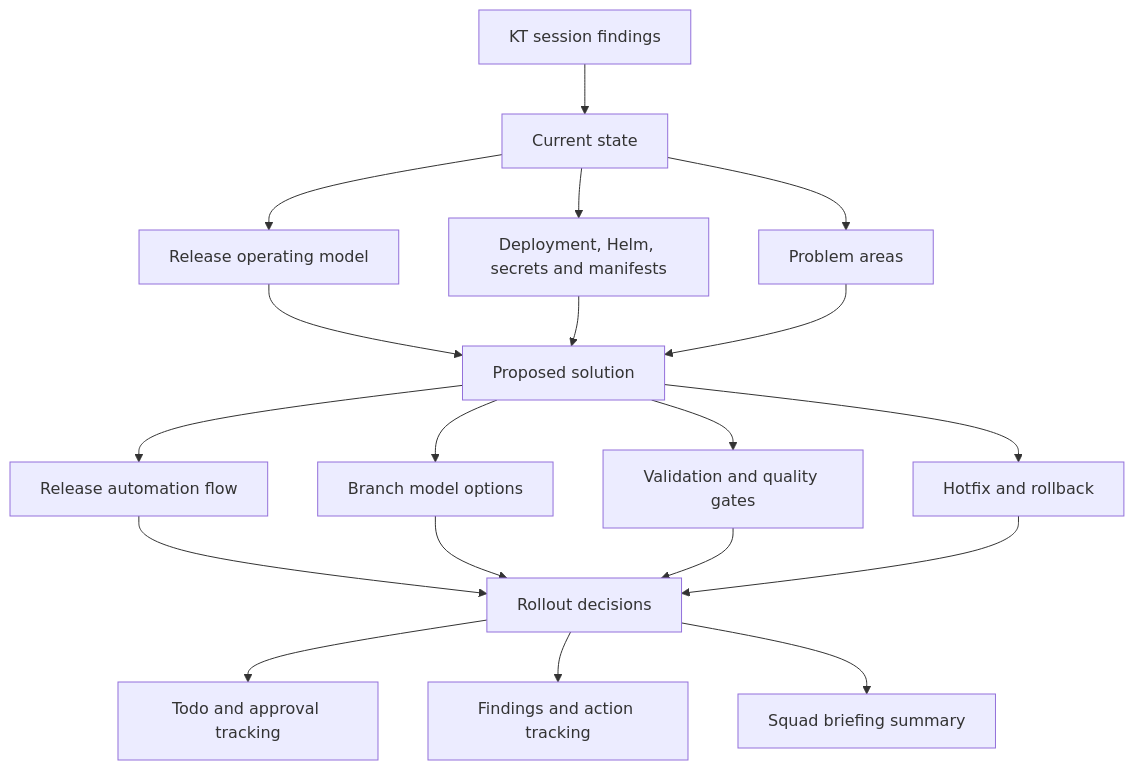
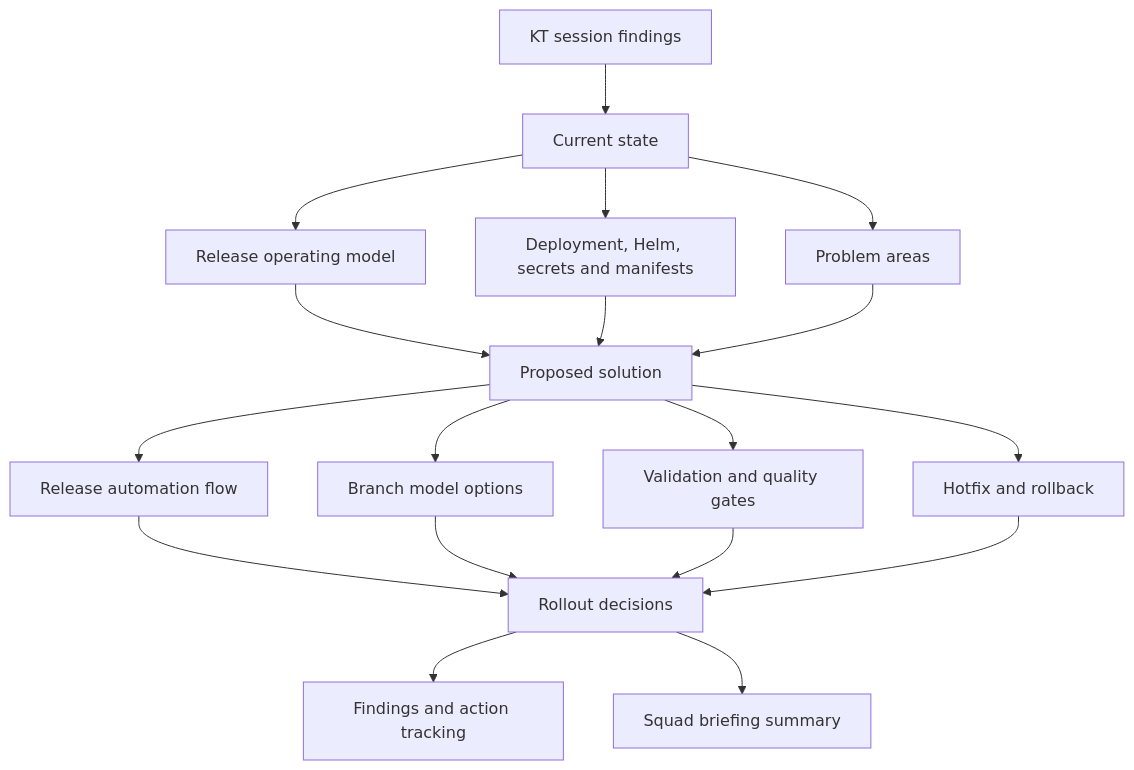
Before and after one commit to benanaktaspusulait/branching-strategy: the diagram in README.md, drawn with Mermaid. The commit also changed other lines of this file and 10 other files, not shown here.

````diff
--- a/README.md
+++ b/README.md
@@ -28,25 +26,24 @@
 ```mermaid
 flowchart TD
   KT["KT session findings"] --> CURRENT["Current state"]
   CURRENT --> FLOW["Release operating model"]
   CURRENT --> TOOLING["Deployment, Helm, secrets and manifests"]
   CURRENT --> PAIN["Problem areas"]
 
   FLOW --> PROPOSED["Proposed solution"]
   TOOLING --> PROPOSED
   PAIN --> PROPOSED
 
   PROPOSED --> AUTO["Release automation flow"]
   PROPOSED --> BRANCHES["Branch model options"]
   PROPOSED --> VALIDATION["Validation and quality gates"]
   PROPOSED --> HOTFIX["Hotfix and rollback"]
 
   AUTO --> ROLLOUT["Rollout decisions"]
   BRANCHES --> ROLLOUT
   VALIDATION --> ROLLOUT
   HOTFIX --> ROLLOUT
 
-  ROLLOUT --> TODO["Todo and approval tracking"]
   ROLLOUT --> ACTIONS["Findings and action tracking"]
   ROLLOUT --> BRIEF["Squad briefing summary"]
 ```
````
